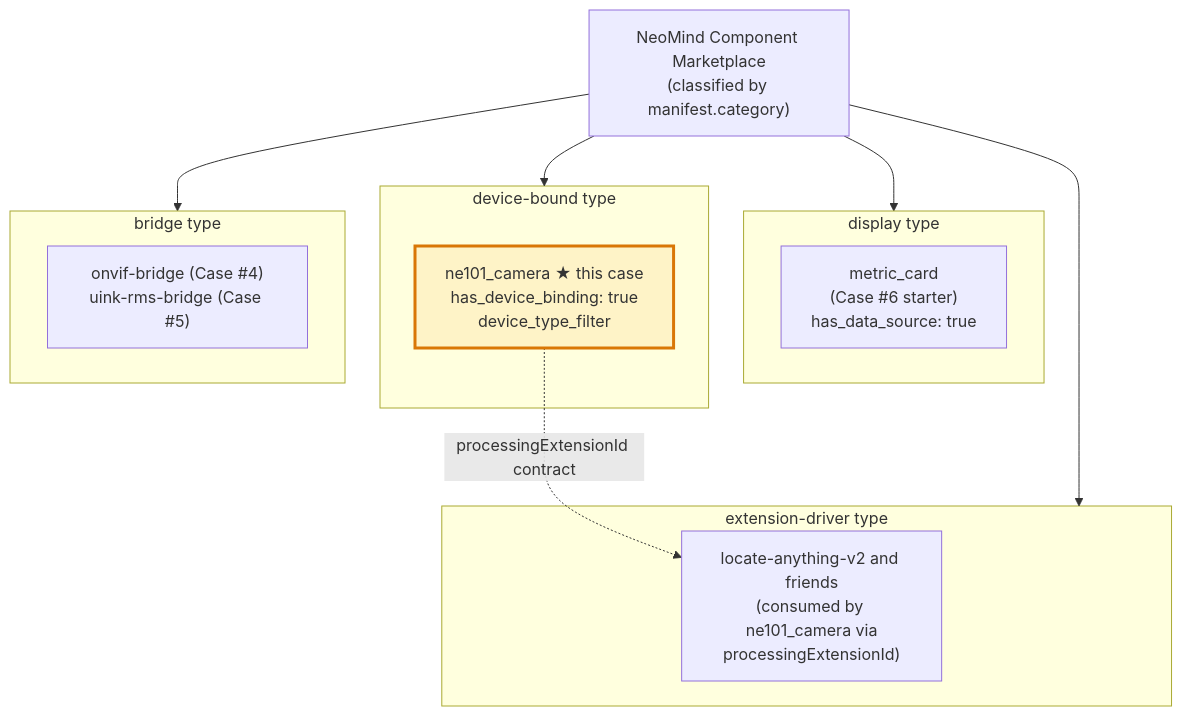
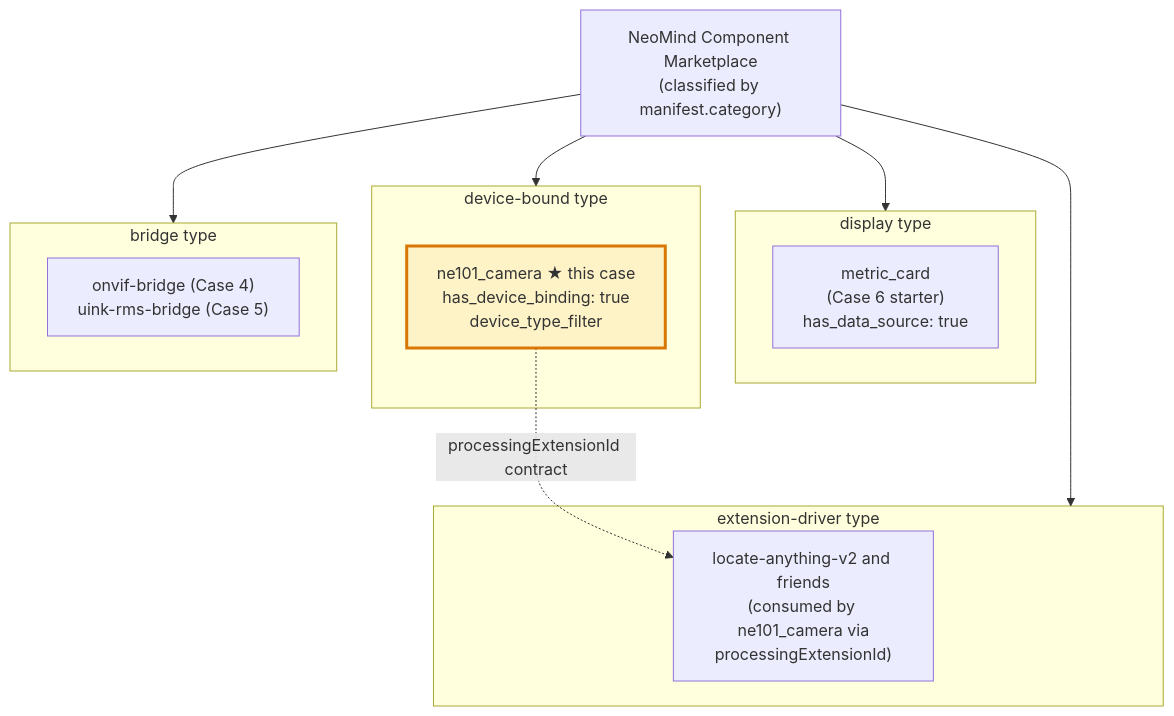
One commit to luommy/wiki-documents changed the first of 2 diagrams in i18n/en/docusaurus-plugin-content-docs/current/0-neomind/developer-guide/case-studies/7-ne101-camera-component/1-background.md. Above: the diagram before and after it, drawn with Mermaid. The commit also changed other lines of this file and 21 other files, not shown here.

````diff
--- a/i18n/en/docusaurus-plugin-content-docs/current/0-neomind/developer-guide/case-studies/7-ne101-camera-component/1-background.md
+++ b/i18n/en/docusaurus-plugin-content-docs/current/0-neomind/developer-guide/case-studies/7-ne101-camera-component/1-background.md
@@ -78,30 +78,30 @@
 ```mermaid
 graph TB
     MARKET["NeoMind Component Marketplace<br/>(classified by manifest.category)"]
 
     subgraph display["display type"]
-        MC["metric_card<br/>(Case #6 starter)<br/>has_data_source: true"]
+        MC["metric_card<br/>(Case 6 starter)<br/>has_data_source: true"]
     end
 
     subgraph device["device-bound type"]
         NE101["ne101_camera ★ this case<br/>has_device_binding: true<br/>device_type_filter"]
     end
 
     subgraph extension["extension-driver type"]
         EXT["locate-anything-v2 and friends<br/>(consumed by ne101_camera via<br/>processingExtensionId)"]
     end
 
     subgraph bridge["bridge type"]
-        ONVIF["onvif-bridge (Case #4)<br/>uink-rms-bridge (Case #5)"]
+        ONVIF["onvif-bridge (Case 4)<br/>uink-rms-bridge (Case 5)"]
     end
 
     MARKET --> display
     MARKET --> device
     MARKET --> extension
     MARKET --> bridge
 
     NE101 -.->|"processingExtensionId contract"| EXT
 
     classDef flagship fill:#fef3c7,stroke:#d97706,stroke-width:3px
     class NE101 flagship
 ```
````
